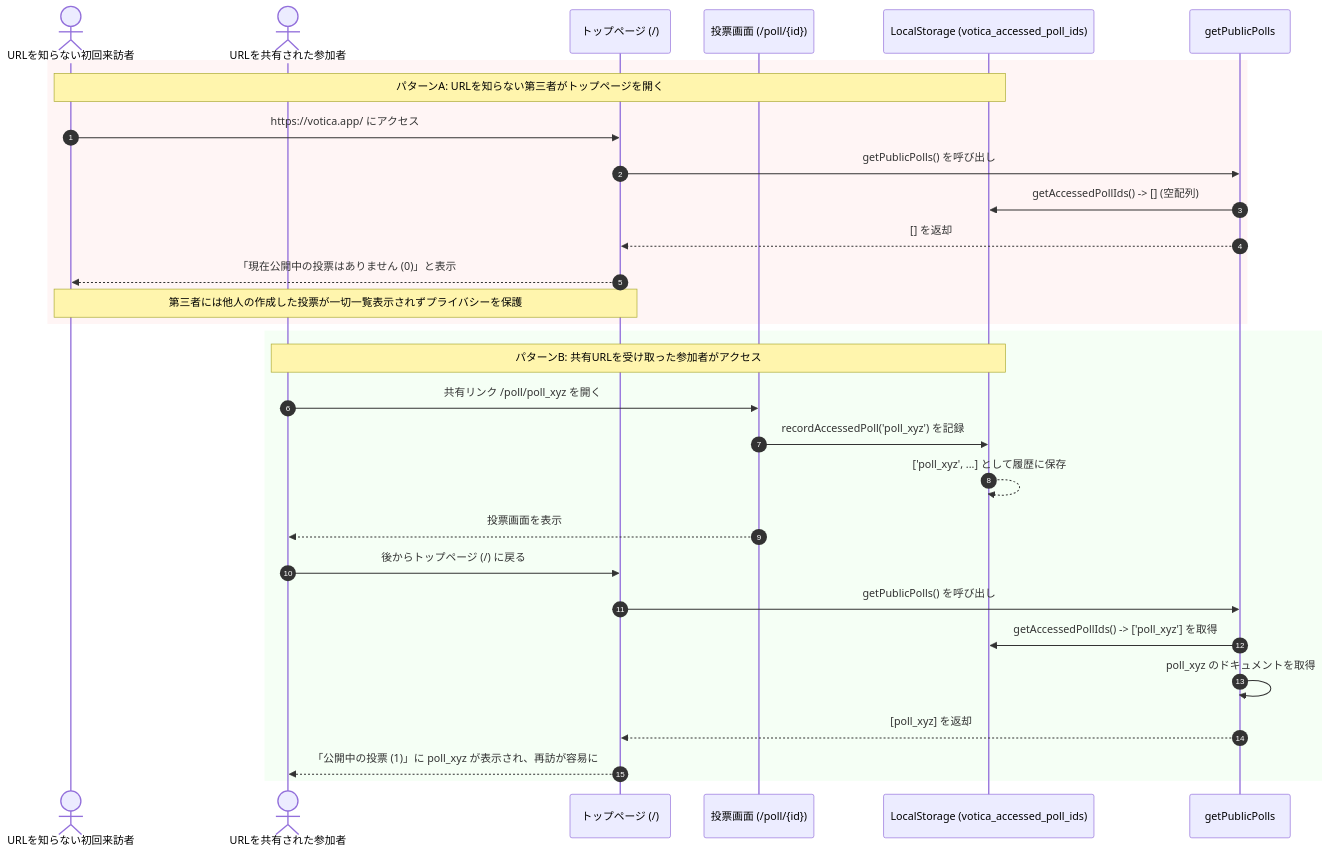
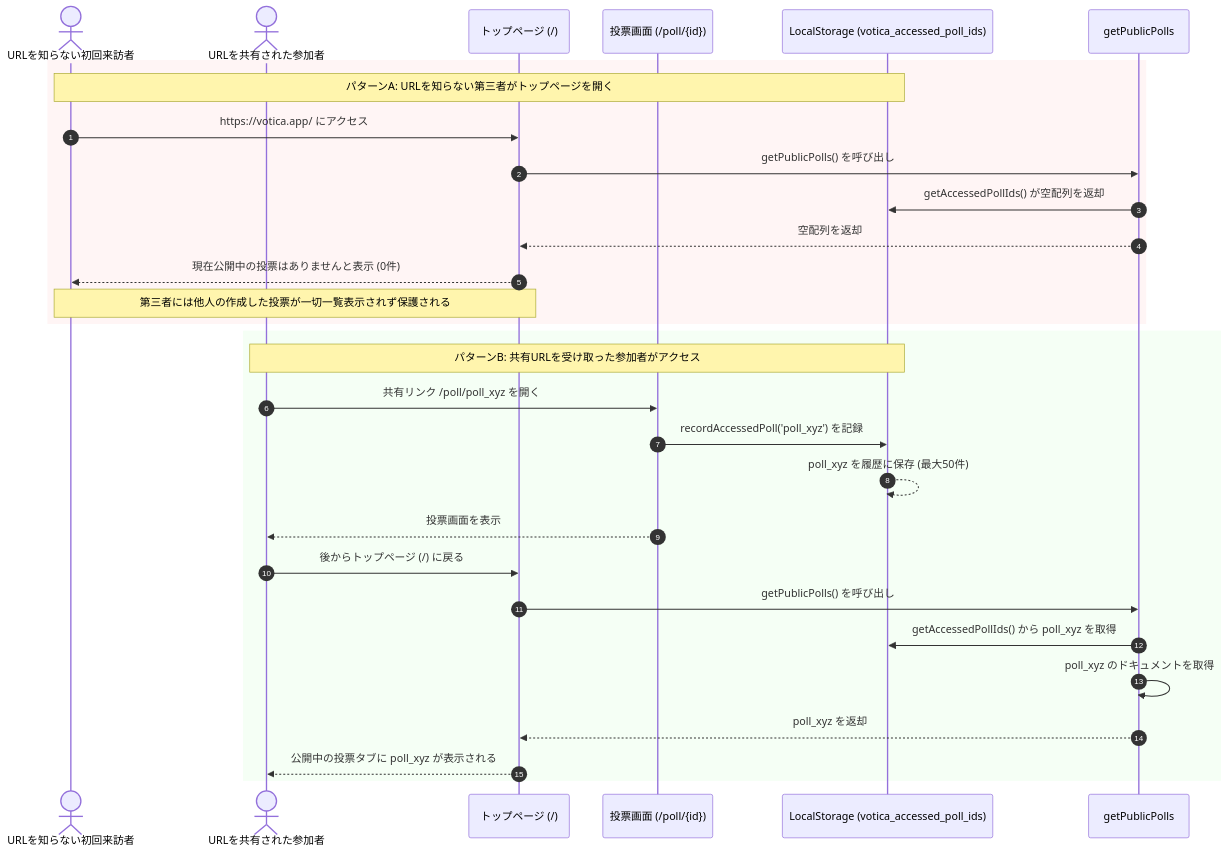
One commit to c1t0d0s0/votica changed the seventh of 7 diagrams in docs/SEQUENCE_DIAGRAMS.ja.md. Above: the diagram before and after it, drawn with Mermaid. The commit also changed other lines of this file and 1 other file, not shown here.

Commit message:
fixed SEQUENCE_DIAGRAMS

````diff
--- a/docs/SEQUENCE_DIAGRAMS.ja.md
+++ b/docs/SEQUENCE_DIAGRAMS.ja.md
@@ -238,37 +235,35 @@
 ```mermaid
 sequenceDiagram
     autonumber
     actor Stranger as URLを知らない初回来訪者
     actor Invited as URLを共有された参加者
     participant Home as トップページ (/)
     participant Voting as 投票画面 (/poll/{id})
     participant Storage as LocalStorage (votica_accessed_poll_ids)
     participant Service as getPublicPolls
 
-    %% パターンA: URLを知らない第三者がアクセス
     rect rgb(255, 245, 245)
         Note over Stranger,Storage: パターンA: URLを知らない第三者がトップページを開く
         Stranger->>Home: https://votica.app/ にアクセス
         Home->>Service: getPublicPolls() を呼び出し
-        Service->>Storage: getAccessedPollIds() -> [] (空配列)
-        Service-->>Home: [] を返却
-        Home-->>Stranger: 「現在公開中の投票はありません (0)」と表示
-        Note over Stranger,Home: 第三者には他人の作成した投票が一切一覧表示されずプライバシーを保護
+        Service->>Storage: getAccessedPollIds() が空配列を返却
+        Service-->>Home: 空配列を返却
+        Home-->>Stranger: 現在公開中の投票はありませんと表示 (0件)
+        Note over Stranger,Home: 第三者には他人の作成した投票が一切一覧表示されず保護される
     end
 
-    %% パターンB: 共有リンクを受け取った参加者がアクセス
     rect rgb(245, 255, 245)
         Note over Invited,Storage: パターンB: 共有URLを受け取った参加者がアクセス
         Invited->>Voting: 共有リンク /poll/poll_xyz を開く
         Voting->>Storage: recordAccessedPoll('poll_xyz') を記録
-        Storage-->>Storage: ['poll_xyz', ...] として履歴に保存
+        Storage-->>Storage: poll_xyz を履歴に保存 (最大50件)
         Voting-->>Invited: 投票画面を表示
 
         Invited->>Home: 後からトップページ (/) に戻る
         Home->>Service: getPublicPolls() を呼び出し
-        Service->>Storage: getAccessedPollIds() -> ['poll_xyz'] を取得
+        Service->>Storage: getAccessedPollIds() から poll_xyz を取得
         Service->>Service: poll_xyz のドキュメントを取得
-        Service-->>Home: [poll_xyz] を返却
-        Home-->>Invited: 「公開中の投票 (1)」に poll_xyz が表示され、再訪が容易に
+        Service-->>Home: poll_xyz を返却
+        Home-->>Invited: 公開中の投票タブに poll_xyz が表示される
     end
 ```
````
